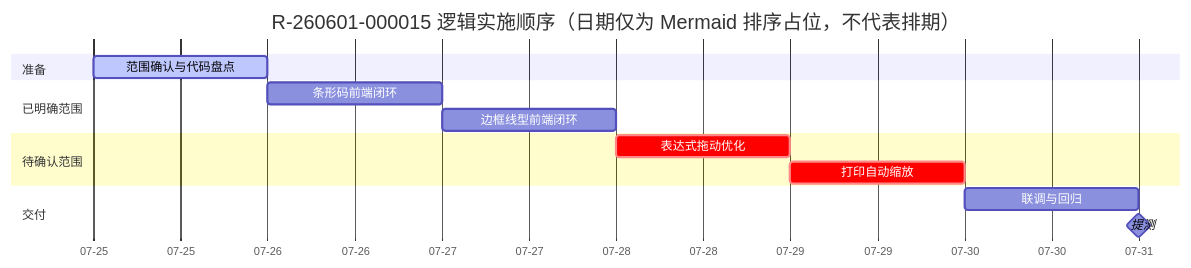
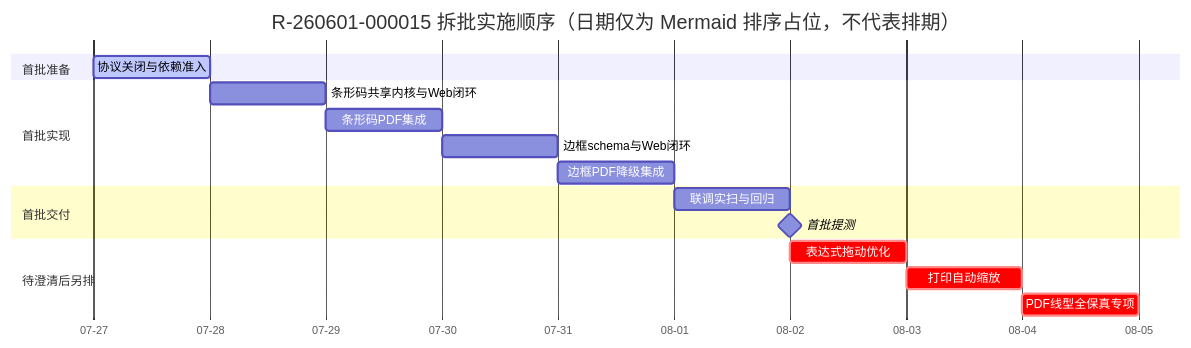
Before and after one commit to Junks5020/Obsidian: the third of 3 diagrams in plan/R-260601-000015-报表优化需求与开发计划.md, drawn with Mermaid. The commit also changed other lines of this file and 37 other files, not shown here.

````diff
--- a/plan/R-260601-000015-报表优化需求与开发计划.md
+++ b/plan/R-260601-000015-报表优化需求与开发计划.md
@@ -369,21 +534,24 @@
 ```mermaid
 gantt
-    title R-260601-000015 逻辑实施顺序（日期仅为 Mermaid 排序占位，不代表排期）
+    title R-260601-000015 拆批实施顺序（日期仅为 Mermaid 排序占位，不代表排期）
     dateFormat  YYYY-MM-DD
     axisFormat  %m-%d
 
-    section 准备
-    范围确认与代码盘点        :active, a1, 2026-07-25, 1d
+    section 首批准备
+    协议关闭与依赖准入        :active, a1, 2026-07-27, 1d
 
-    section 已明确范围
-    条形码前端闭环            :a2, after a1, 1d
-    边框线型前端闭环          :a3, after a2, 1d
+    section 首批实现
+    条形码共享内核与Web闭环   :a2, after a1, 1d
+    条形码PDF集成             :a3, after a2, 1d
+    边框schema与Web闭环       :a4, after a3, 1d
+    边框PDF降级集成           :a5, after a4, 1d
 
-    section 待确认范围
-    表达式拖动优化            :crit, a4, after a3, 1d
-    打印自动缩放              :crit, a5, after a4, 1d
+    section 首批交付
+    联调实扫与回归            :a6, after a5, 1d
+    首批提测                  :milestone, a7, after a6, 0d
 
-    section 交付
-    联调与回归                :a6, after a5, 1d
-    提测                      :milestone, a7, after a6, 0d
+    section 待澄清后另排
+    表达式拖动优化            :crit, b1, after a7, 1d
+    打印自动缩放              :crit, b2, after b1, 1d
+    PDF线型全保真专项         :crit, b3, after b2, 1d
 ```
````
